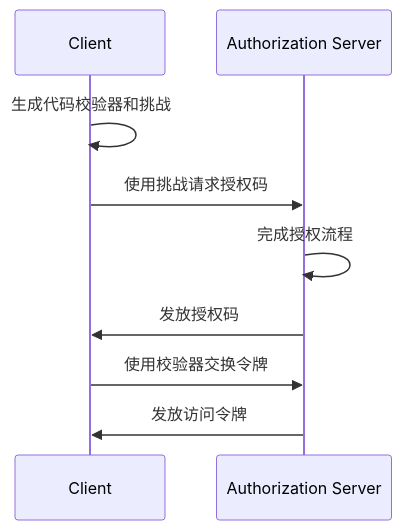
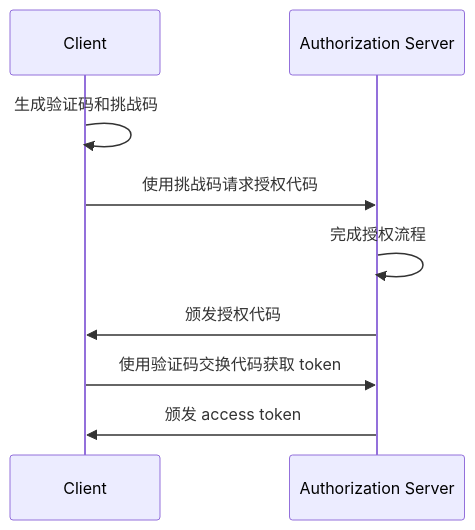
The diagram in src/content/terms/zh/oauth-2.1.mdx (logto-io/auth-wiki), drawn with Mermaid before and after one commit. The commit also changed other lines of this file and 66 other files, not shown here.

````diff
--- a/src/content/terms/zh/oauth-2.1.mdx
+++ b/src/content/terms/zh/oauth-2.1.mdx
@@ -42,12 +42,12 @@
 ```mermaid
 sequenceDiagram
     participant Client
     participant Authorization Server
 
-    Client->>Client: 生成代码校验器和挑战
-    Client->>Authorization Server: 使用挑战请求授权码
+    Client->>Client: 生成验证码和挑战码
+    Client->>Authorization Server: 使用挑战码请求授权代码
     Authorization Server->>Authorization Server: 完成授权流程
-    Authorization Server->>Client: 发放授权码
-    Client->>Authorization Server: 使用校验器交换令牌
-    Authorization Server->>Client: 发放访问令牌
+    Authorization Server->>Client: 颁发授权代码
+    Client->>Authorization Server: 使用验证码交换代码获取 token
+    Authorization Server->>Client: 颁发 access token
 ```
````
